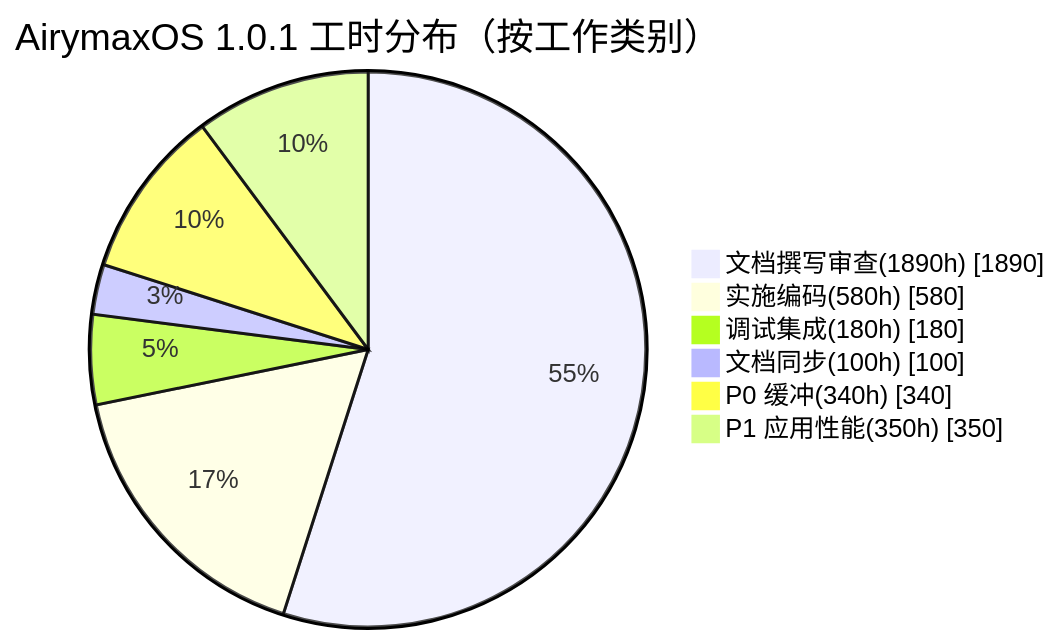
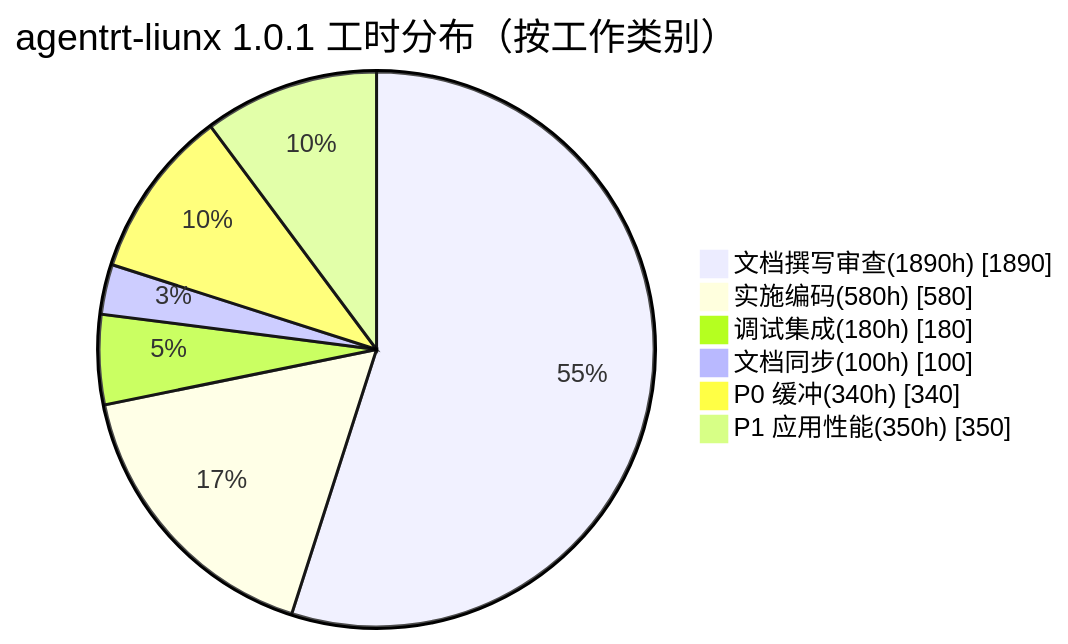
Before and after one commit to openairymax/docs: the fourth of 5 diagrams in AirymaxAgentOS/130-roadmap/03-resource-estimation.md, drawn with Mermaid. The commit also changed other lines of this file and 99 other files, not shown here.

````diff
--- a/AirymaxAgentOS/130-roadmap/03-resource-estimation.md
+++ b/AirymaxAgentOS/130-roadmap/03-resource-estimation.md
@@ -206,10 +206,10 @@
 ```mermaid
 pie showData
-    title AirymaxOS 1.0.1 工时分布（按工作类别）
+    title agentrt-liunx 1.0.1 工时分布（按工作类别）
     "文档撰写审查(1890h)" : 1890
     "实施编码(580h)" : 580
     "调试集成(180h)" : 180
     "文档同步(100h)" : 100
     "P0 缓冲(340h)" : 340
     "P1 应用性能(350h)" : 350
 ```
````
